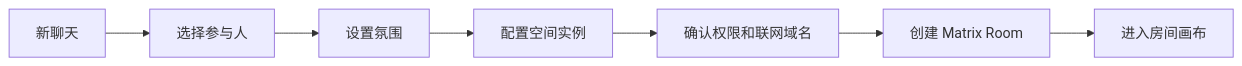
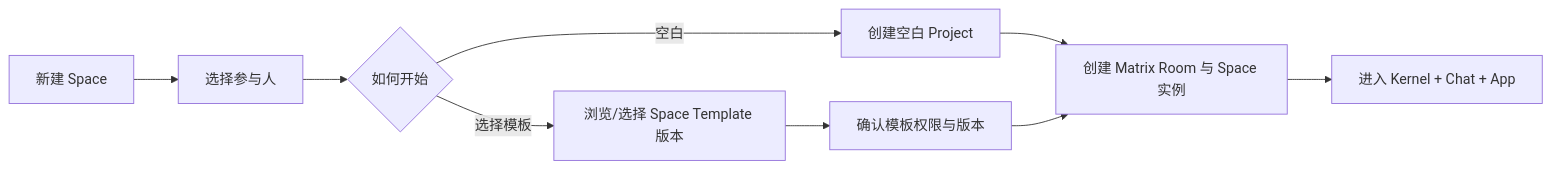
One commit to ziyu/vibechat changed the first of 3 diagrams in docs/stable/designs/vibechat-mvp-product-and-technical-design.md. Above: the diagram before and after it, drawn with Mermaid. The commit also changed other lines of this file and 93 other files, not shown here.

Commit message:
feat: integrate initial space app runtime

````diff
--- a/docs/stable/designs/vibechat-mvp-product-and-technical-design.md
+++ b/docs/stable/designs/vibechat-mvp-product-and-technical-design.md
@@ -440,9 +189,11 @@
 ```mermaid
 flowchart LR
-    Start["新聊天"] --> People["选择参与人"]
-    People --> Atmosphere["设置氛围"]
-    Atmosphere --> Configure["配置空间实例"]
-    Configure --> Permissions["确认权限和联网域名"]
-    Permissions --> Create["创建 Matrix Room"]
-    Create --> Canvas["进入房间画布"]
+    Start["新建 Space"] --> People["选择参与人"]
+    People --> StartMode{"如何开始"}
+    StartMode -->|"空白"| Blank["创建空白 Project"]
+    StartMode -->|"选择模板"| Market["浏览/选择 Space Template 版本"]
+    Market --> Confirm["确认模板权限与版本"]
+    Blank --> Create["创建 Matrix Room 与 Space 实例"]
+    Confirm --> Create
+    Create --> Enter["进入 Kernel + Chat + App"]
 ```
````
